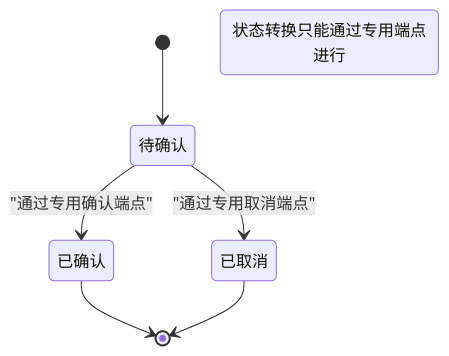
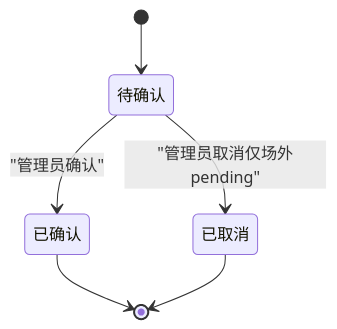
One commit to gujialind/InvestRing changed the third of 5 diagrams in .qoder/repowiki/zh/content/后端API文档/交易管理API.md. Above: the diagram before and after it, drawn with Mermaid. The commit also changed other lines of this file and 65 other files, not shown here.

````diff
--- a/.qoder/repowiki/zh/content/后端API文档/交易管理API.md
+++ b/.qoder/repowiki/zh/content/后端API文档/交易管理API.md
@@ -323,9 +218,8 @@
 ```mermaid
 stateDiagram-v2
 [*] --> 待确认
-待确认 --> 已确认 : "通过专用确认端点"
-待确认 --> 已取消 : "通过专用取消端点"
+待确认 --> 已确认 : "管理员确认"
+待确认 --> 已取消 : "管理员取消仅场外pending"
 已确认 --> [*]
 已取消 --> [*]
-注意 : 状态转换只能通过专用端点进行
 ```
````
